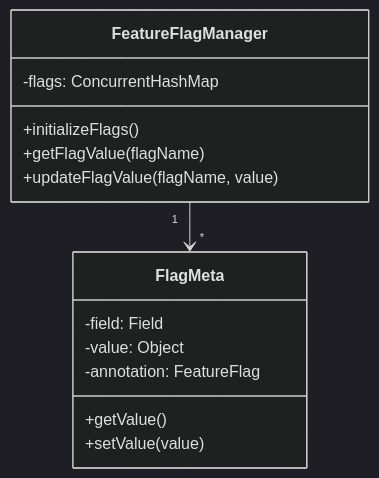
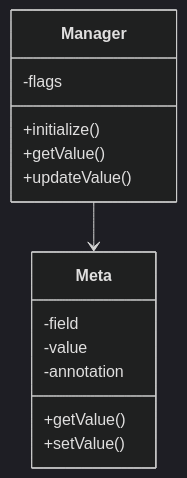
Before and after one commit to yeokyeong-yoon/yeokyeong-yoon.github.io: the fifth of 7 diagrams in _posts/2025-03-15-feature-flag-system.md, drawn with Mermaid (dark theme). The commit also changed other lines of this file, not shown here.

Commit message:
docs: further simplify mermaid diagrams to fix rendering errors

````diff
--- a/_posts/2025-03-15-feature-flag-system.md
+++ b/_posts/2025-03-15-feature-flag-system.md
@@ -728,19 +712,19 @@
 ```mermaid
 classDiagram
-    class FeatureFlagManager {
-        -flags: ConcurrentHashMap
-        +initializeFlags()
-        +getFlagValue(flagName)
-        +updateFlagValue(flagName, value)
+    class Manager {
+        -flags
+        +initialize()
+        +getValue()
+        +updateValue()
     }
     
-    class FlagMeta {
-        -field: Field
-        -value: Object
-        -annotation: FeatureFlag
+    class Meta {
+        -field
+        -value
+        -annotation
         +getValue()
-        +setValue(value)
+        +setValue()
     }
     
-    FeatureFlagManager "1" --> "*" FlagMeta
+    Manager --> Meta
 ```
````
